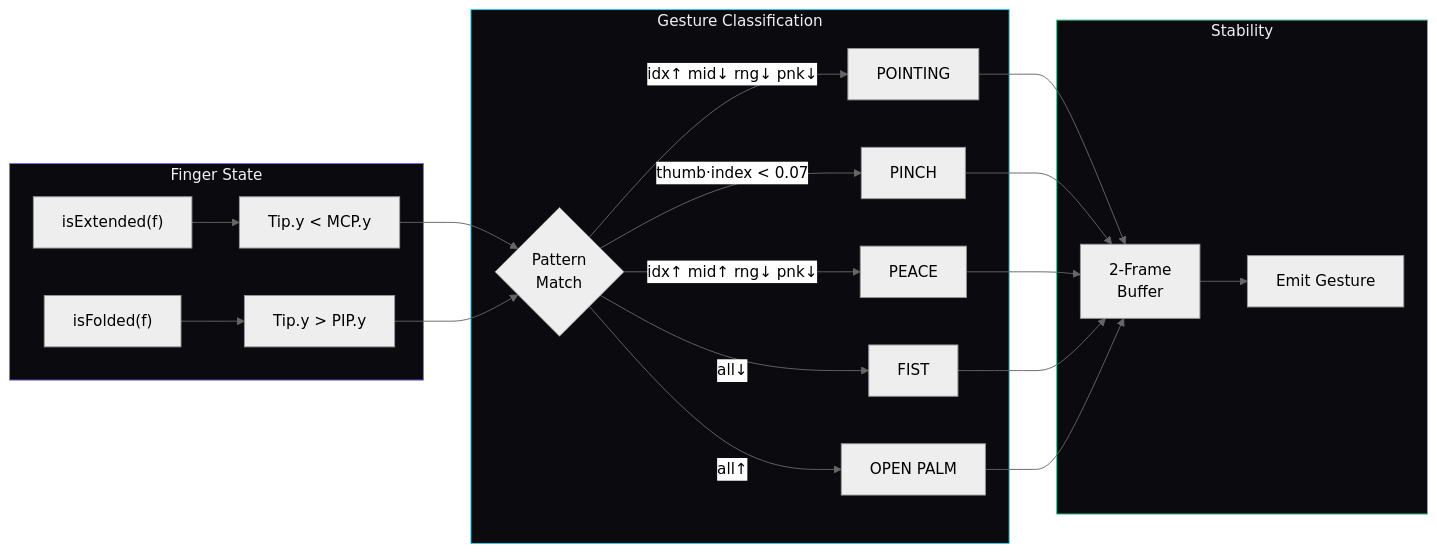
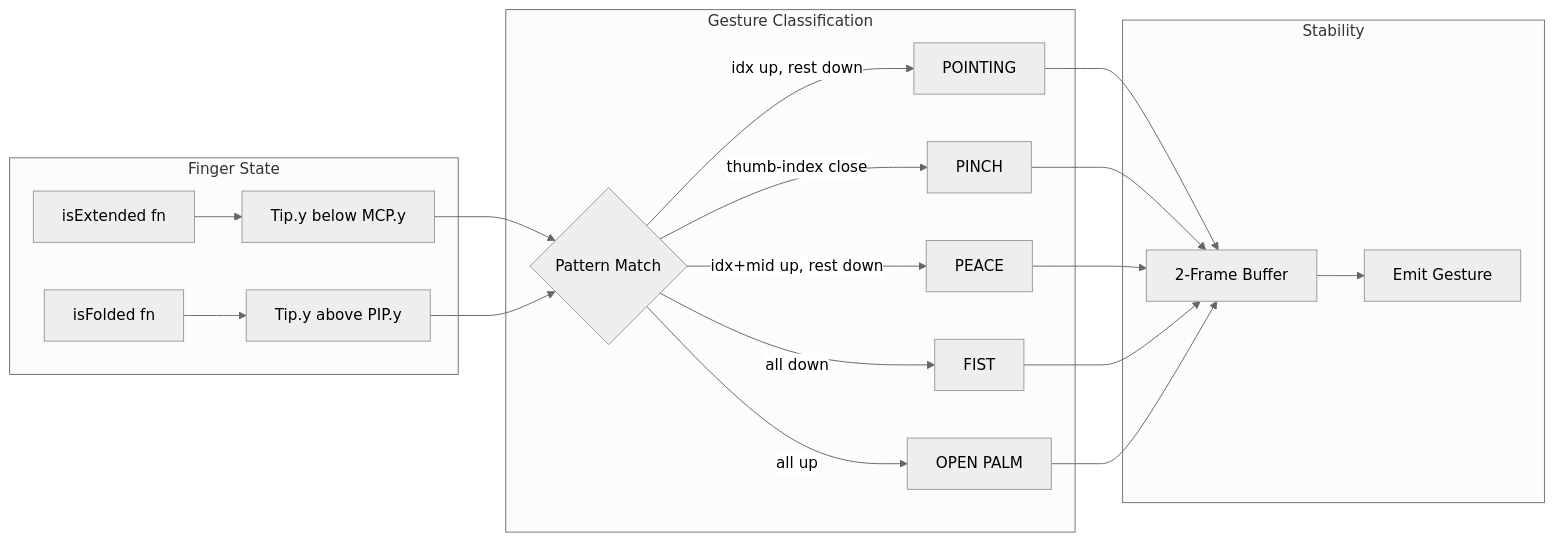
The third of 6 diagrams in README.md (RajTewari01/Spatial_tracer), drawn with Mermaid (neutral theme) before and after one commit. The commit also changed other lines of this file, not shown here.

Commit message:
fix: Mermaid diagrams - remove emoji, br tags, style directives for GitHub rendering

````diff
--- a/README.md
+++ b/README.md
@@ -126,30 +122,26 @@
 ```mermaid
 flowchart LR
-    subgraph Detect ["Finger State"]
-        A["isExtended(f)"] --> B["Tip.y < MCP.y"]
-        C["isFolded(f)"] --> D["Tip.y > PIP.y"]
+    subgraph Detect["Finger State"]
+        A["isExtended fn"] --> B["Tip.y below MCP.y"]
+        C["isFolded fn"] --> D["Tip.y above PIP.y"]
     end
 
-    subgraph Classify ["Gesture Classification"]
-        B --> E{"Pattern<br/>Match"}
+    subgraph Classify["Gesture Classification"]
+        B --> E{"Pattern Match"}
         D --> E
-        E -->|"idx↑ mid↓ rng↓ pnk↓"| F["POINTING"]
-        E -->|"thumb·index < 0.07"| G["PINCH"]
-        E -->|"idx↑ mid↑ rng↓ pnk↓"| H["PEACE"]
-        E -->|"all↓"| I["FIST"]
-        E -->|"all↑"| J["OPEN PALM"]
+        E -->|"idx up, rest down"| F["POINTING"]
+        E -->|"thumb-index close"| G["PINCH"]
+        E -->|"idx+mid up, rest down"| H["PEACE"]
+        E -->|"all down"| I["FIST"]
+        E -->|"all up"| J["OPEN PALM"]
     end
 
-    subgraph Stable ["Stability"]
-        F --> K["2-Frame<br/>Buffer"]
+    subgraph Stable["Stability"]
+        F --> K["2-Frame Buffer"]
         G --> K
         H --> K
         I --> K
         J --> K
         K --> L["Emit Gesture"]
     end
-
-    style Detect fill:#0a0a0f,stroke:#7c6aff,color:#f0f0f5
-    style Classify fill:#0a0a0f,stroke:#22d3ee,color:#f0f0f5
-    style Stable fill:#0a0a0f,stroke:#34d399,color:#f0f0f5
 ```
````
